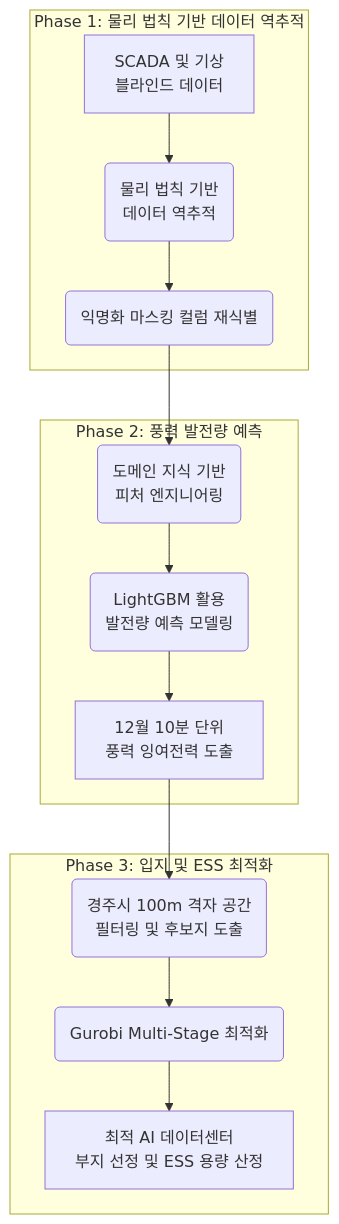
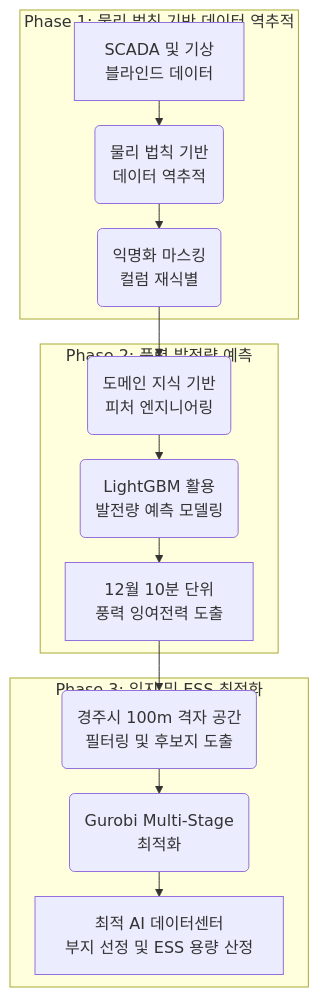
One commit to ParkMinhyoung/FIELD-CAMP-1st-Place changed the diagram in README.md. Above: the diagram before and after it, drawn with Mermaid. The commit also changed other lines of this file, not shown here.

````diff
--- a/README.md
+++ b/README.md
@@ -83,19 +83,20 @@
 ```mermaid
+%%{init: {'flowchart': {'rankSpacing': 25, 'nodeSpacing': 30}}}%%
 flowchart TD
     subgraph Phase 1 [Phase 1: 물리 법칙 기반 데이터 역추적]
         A["SCADA 및 기상<br>블라인드 데이터"] --> B("물리 법칙 기반<br>데이터 역추적")
-        B --> C(익명화 마스킹 컬럼 재식별)
+        B --> C("익명화 마스킹<br>컬럼 재식별")
     end
 
     subgraph Phase 2 [Phase 2: 풍력 발전량 예측]
         C --> D("도메인 지식 기반<br>피처 엔지니어링")
         D --> E("LightGBM 활용<br>발전량 예측 모델링")
         E --> F["12월 10분 단위<br>풍력 잉여전력 도출"]
     end
 
     subgraph Phase 3 [Phase 3: 입지 및 ESS 최적화]
         F --> G("경주시 100m 격자 공간<br>필터링 및 후보지 도출")
-        G --> H(Gurobi Multi-Stage 최적화)
+        G --> H("Gurobi Multi-Stage<br>최적화")
         H --> I["최적 AI 데이터센터<br>부지 선정 및 ESS 용량 산정"]
     end
 ```
````
